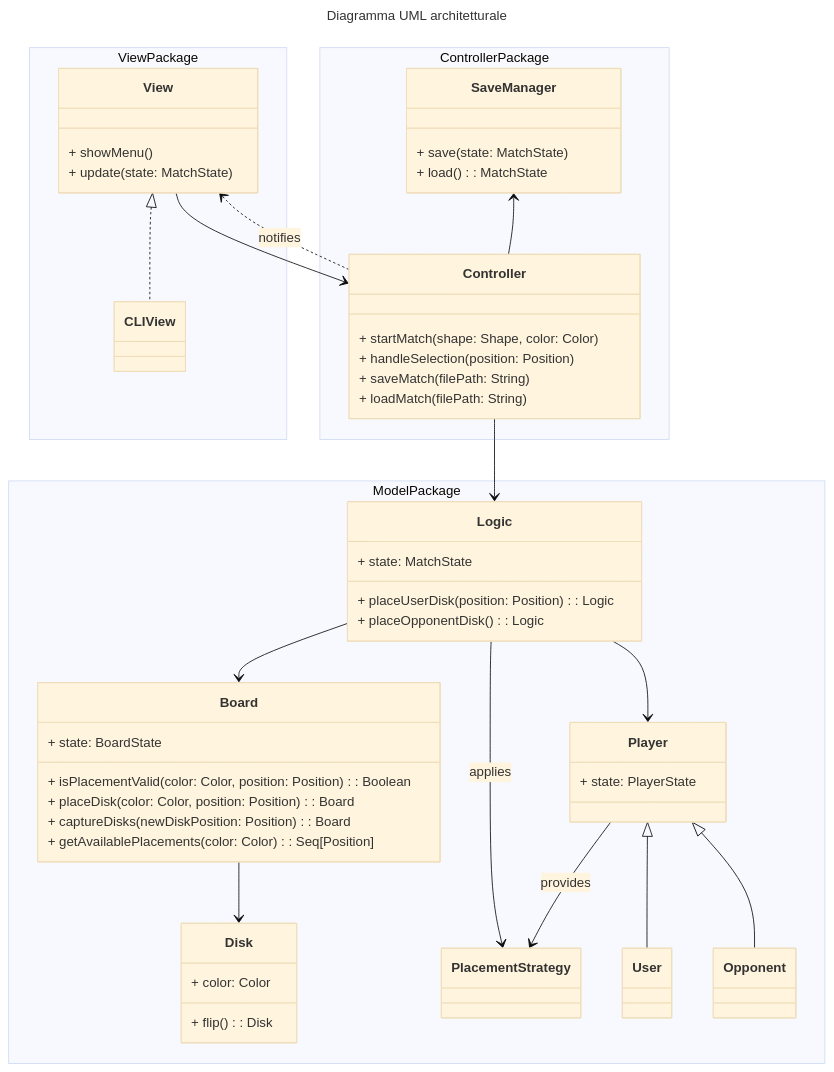
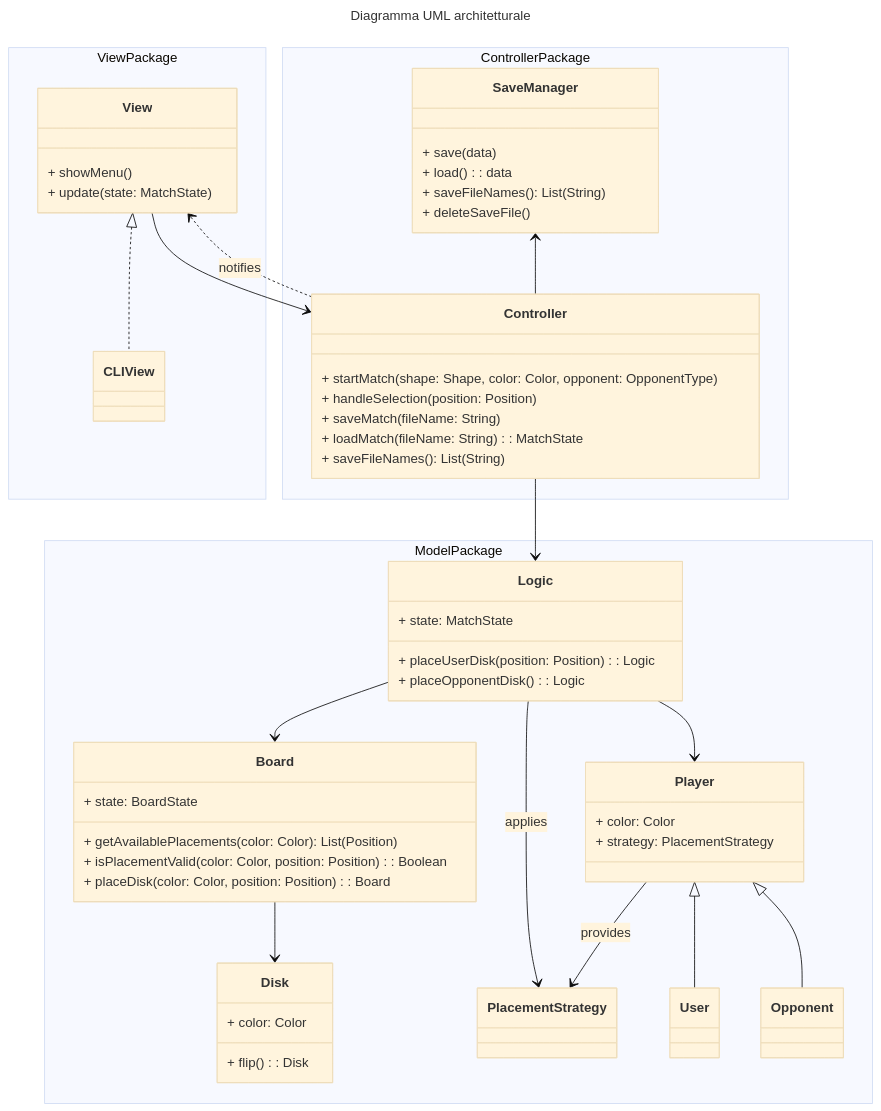
One commit to Borgotto/PPS-25-scalatello changed the first of 3 diagrams in docs/report/4-architectural-design.md. Above: the diagram before and after it, drawn with Mermaid (base theme). The commit also changed other lines of this file, not shown here.

Commit message:
Update architectural desing

````diff
--- a/docs/report/4-architectural-design.md
+++ b/docs/report/4-architectural-design.md
@@ -15,67 +15,71 @@
 ```mermaid
 ---
 title: Diagramma UML architetturale
 ---
 classDiagram
   namespace ViewPackage {
     class View {
       + showMenu()
       + update(state: MatchState)
     }
     class CLIView
   }
   namespace ControllerPackage {
     class Controller {
-      + startMatch(shape: Shape, color: Color)
+      + startMatch(shape: Shape, color: Color, opponent: OpponentType)
       + handleSelection(position: Position)
-      + saveMatch(filePath: String)
-      + loadMatch(filePath: String)
+      + saveMatch(fileName: String)
+      + loadMatch(fileName: String): MatchState
+      + saveFileNames(): List(String)
+
     }
     class SaveManager {
-      + save(state: MatchState)
-      + load(): MatchState
+      + save(data)
+      + load(): data
+      + saveFileNames(): List(String)
+      + deleteSaveFile()
     }
   }
   namespace ModelPackage {
     class Logic {
       + state: MatchState
       + placeUserDisk(position: Position): Logic
       + placeOpponentDisk(): Logic
     }
     class Board {
       + state: BoardState
+      + getAvailablePlacements(color: Color): List(Position)
       + isPlacementValid(color: Color, position: Position): Boolean
       + placeDisk(color: Color, position: Position): Board
-      + captureDisks(newDiskPosition: Position): Board
-      + getAvailablePlacements(color: Color): Seq[Position]
     }
     class Disk {
       + color: Color
       + flip(): Disk
     }
     class Player {
-      + state: PlayerState
+      + color: Color
+      + strategy: PlacementStrategy
     }
     class PlacementStrategy
     class User
     class Opponent
   }
 
     Logic --> Board
     Logic --> Player
     Logic --> PlacementStrategy: applies
 
     Player <|-- User
     Player <|-- Opponent
 
     Player --> PlacementStrategy : provides
 
     Board --> Disk
 
     View --> Controller
     Controller ..> View : notifies
     Controller --> Logic
     SaveManager <-- Controller
 
     View <|.. CLIView
 ```
````
